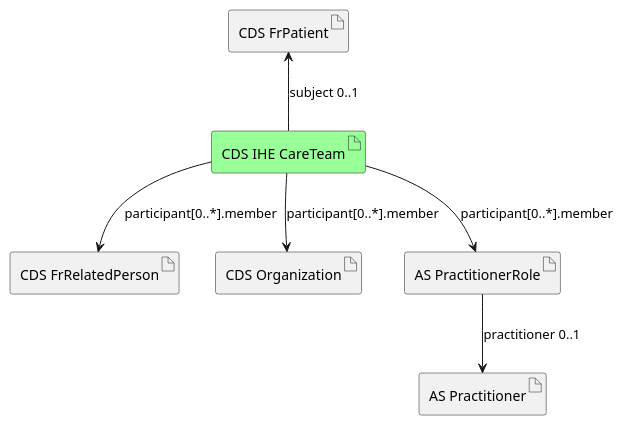
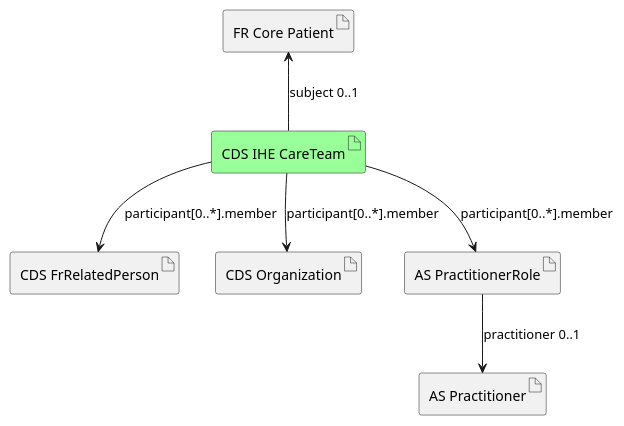
One commit to ansforge/IG-fhir-cercle-de-soins changed the diagram in input/images-source/document-overview.plantuml. Above: the diagram before and after it, drawn with PlantUML.

Commit message:
Add link to ressource in the profiles diagram (#46)
* Add link to ressource in the profiles diagram

* Use dynamic version for profile links in diagram

* Revert "Use dynamic version for profile links in diagram"

This reverts commit cb0d2d82f92ad137baefa50ce40b8c2898816877.

```diff
--- a/input/images-source/document-overview.plantuml
+++ b/input/images-source/document-overview.plantuml
@@ -1,43 +1,45 @@
 @startuml document-overview
 
-artifact "CDS FrPatient" as patient
+artifact "FR Core Patient" as patient
 artifact "CDS IHE CareTeam" as careteam #99FF99
 
 artifact "CDS FrRelatedPerson" as cdsfrrelatedperson
 artifact "CDS Organization" as cdsorganization
 artifact "AS Practitioner" as aspractitioner
 artifact "AS PractitionerRole" as aspractitionerrole
 
-url of patient is [[StructureDefinition-cds-fr-patient.html]]
+url of patient is [[https://hl7.fr/ig/fhir/core/2.1.0/StructureDefinition-fr-core-patient.html]]
 url of cdsfrrelatedperson is [[StructureDefinition-cds-fr-related-person.html]]
 url of careteam is [[StructureDefinition-cds-ihe-careteam.html]]
 url of cdsorganization is [[StructureDefinition-cds-organization.html]]
+url of aspractitioner is [[https://interop.esante.gouv.fr/ig/fhir/annuaire/1.1.0/StructureDefinition-as-practitioner.html]]
+url of aspractitionerrole is [[https://interop.esante.gouv.fr/ig/fhir/annuaire/1.1.0/StructureDefinition-as-practitionerrole.html]]
 
 ' ###########
 ' # Patient #
 ' ###########
 patient <-- careteam : subject 0..1
 
 
 ' ############
 ' # careteam #
 ' ############
 careteam --> cdsfrrelatedperson : participant[0..*].member
 careteam --> cdsorganization : participant[0..*].member
 careteam --> aspractitionerrole : participant[0..*].member
 
 ' ##################
 ' # frorganization #
 ' ##################
 ' asorganization --> asorganization : partof 1..*
 
 
 ' Dans le schéma initial, il y a d'autres relations qui n'ont pas été tracées : Lien entre orgaint et FrOrganization, Lien entre practitionerrole et organization.
 
 
 ' ####################
 ' # practitionerrole #
 ' ####################
 aspractitionerrole -->  aspractitioner : practitioner 0..1
 
 @enduml
```
